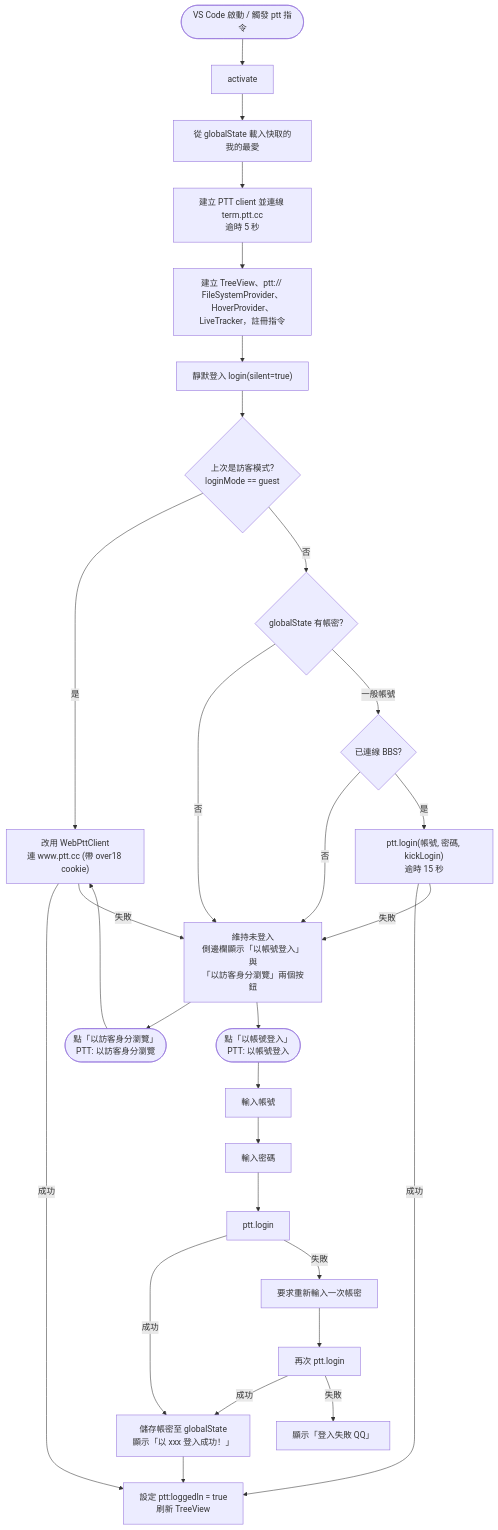
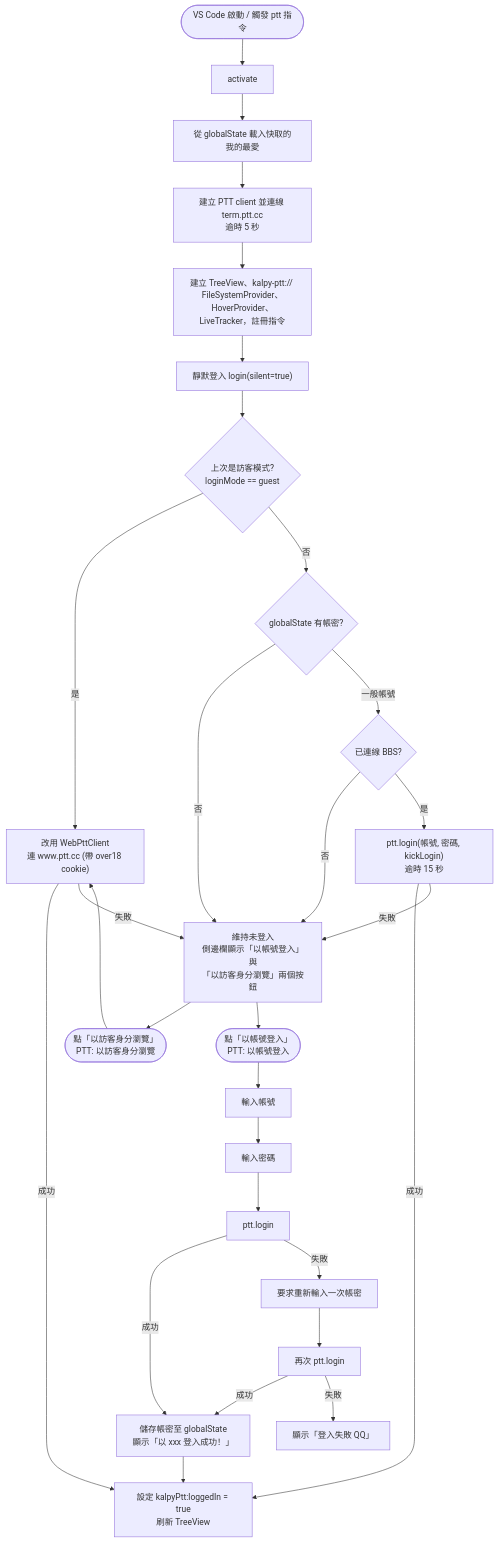
The second of 4 diagrams in docs/ARCHITECTURE.md (kalpy-HI/vscode-ptt), drawn with Mermaid before and after one commit. The commit also changed other lines of this file and 12 other files, not shown here.

````diff
--- a/docs/ARCHITECTURE.md
+++ b/docs/ARCHITECTURE.md
@@ -43,29 +43,29 @@
 ```mermaid
 flowchart TD
   A([VS Code 啟動 / 觸發 ptt 指令]) --> B[activate]
   B --> C[從 globalState 載入快取的我的最愛]
   C --> D[建立 PTT client 並連線 term.ptt.cc<br/>逾時 5 秒]
-  D --> E[建立 TreeView、ptt:// FileSystemProvider、<br/>HoverProvider、LiveTracker，註冊指令]
+  D --> E[建立 TreeView、kalpy-ptt:// FileSystemProvider、<br/>HoverProvider、LiveTracker，註冊指令]
   E --> F["靜默登入 login(silent=true)"]
   F --> LM{上次是訪客模式?<br/>loginMode == guest}
   LM -- 是 --> GW
   LM -- 否 --> H{globalState 有帳密?}
   H -- 否 --> X[維持未登入<br/>側邊欄顯示「以帳號登入」與<br/>「以訪客身分瀏覽」兩個按鈕]
   H -- 一般帳號 --> G{已連線 BBS?}
   G -- 否 --> X
   G -- 是 --> I["ptt.login(帳號, 密碼, kickLogin)<br/>逾時 15 秒"]
   GW["改用 WebPttClient<br/>連 www.ptt.cc (帶 over18 cookie)"] -- 成功 --> J
   GW -- 失敗 --> X
-  I -- 成功 --> J[設定 ptt:loggedIn = true<br/>刷新 TreeView]
+  I -- 成功 --> J[設定 kalpyPtt:loggedIn = true<br/>刷新 TreeView]
   I -- 失敗 --> X
 
   X --> GB([點「以訪客身分瀏覽」<br/>PTT: 以訪客身分瀏覽]) --> GW
   X --> M([點「以帳號登入」<br/>PTT: 以帳號登入])
   M --> N[輸入帳號]
   N --> O[輸入密碼]
   O --> P[ptt.login]
   P -- 成功 --> Q[儲存帳密至 globalState<br/>顯示「以 xxx 登入成功！」] --> J
   P -- 失敗 --> R[要求重新輸入一次帳密] --> P2[再次 ptt.login]
   P2 -- 成功 --> Q
   P2 -- 失敗 --> S[顯示「登入失敗 QQ」]
 ```
````
